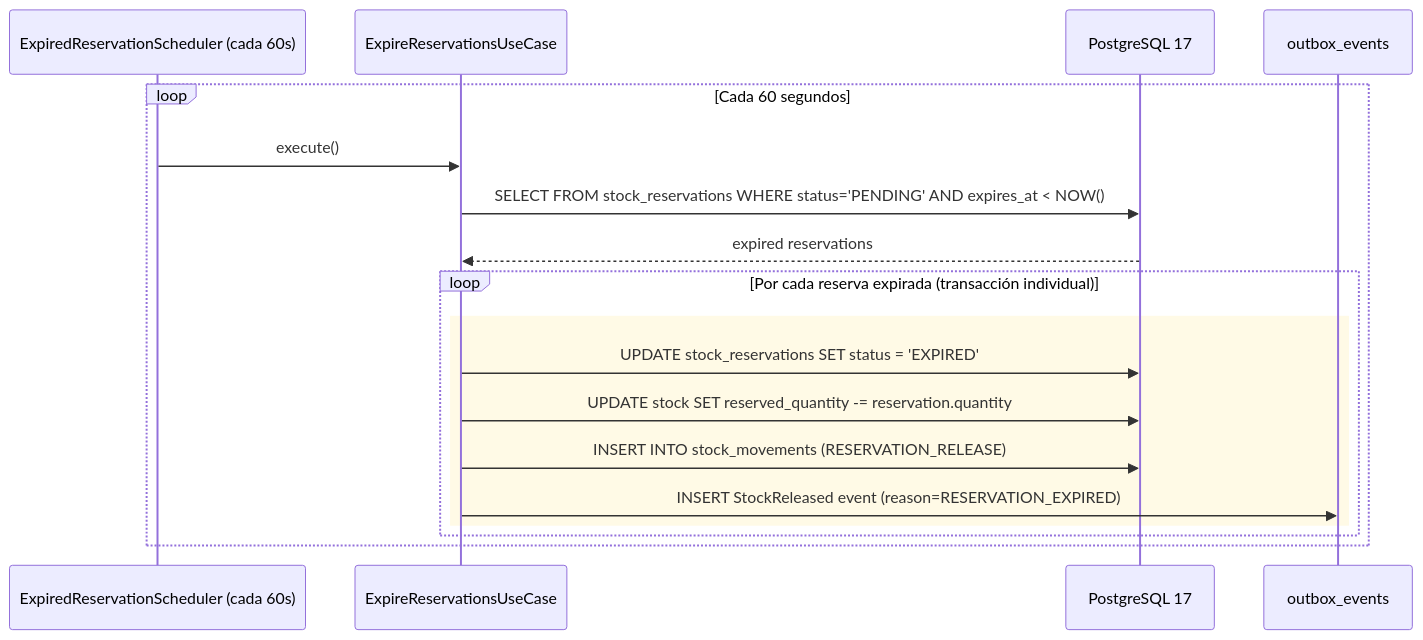
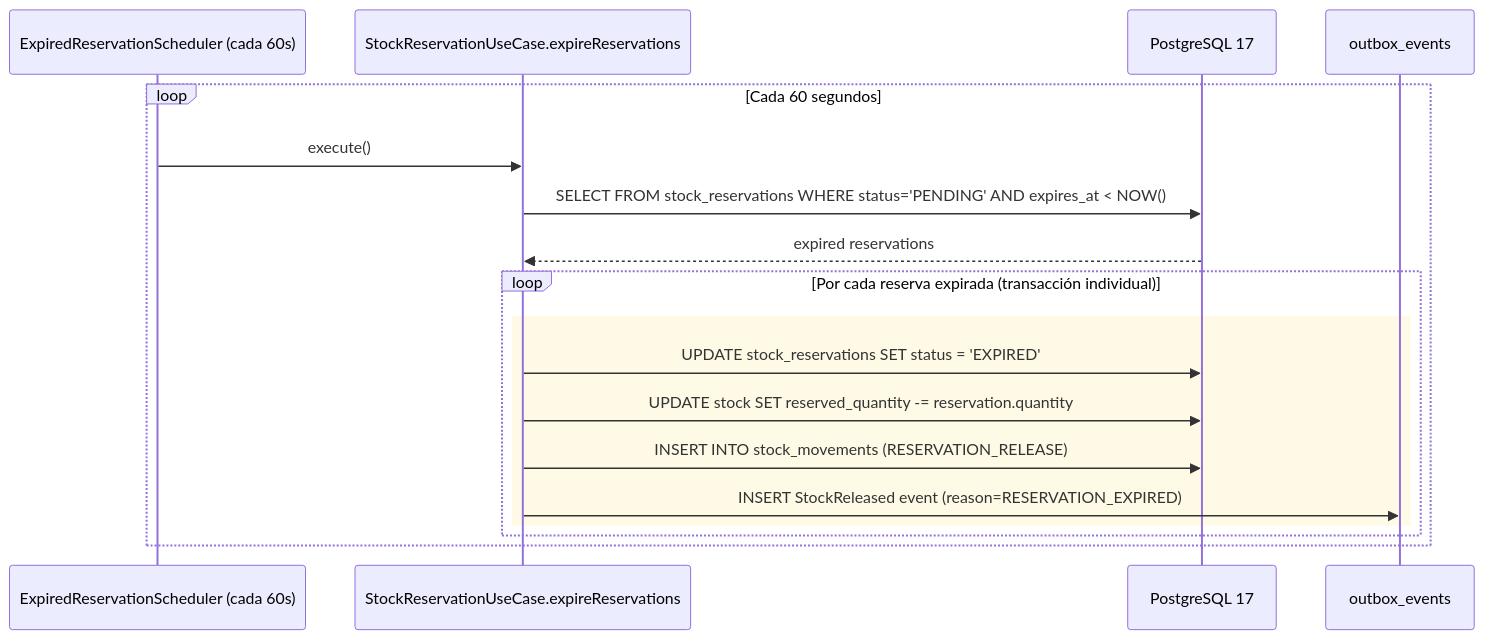
The sixth of 6 diagrams in .kiro/specs/ms-inventory/design.md (Saisho137/Arka), drawn with Mermaid before and after one commit. The commit also changed other lines of this file and 10 other files, not shown here.

First line of the commit message:
feat(ms-inventory): implement domain use cases with consolidated architecture

````diff
--- a/.kiro/specs/ms-inventory/design.md
+++ b/.kiro/specs/ms-inventory/design.md
@@ -217,22 +209,22 @@
 ```mermaid
 sequenceDiagram
     participant Scheduler as ExpiredReservationScheduler (cada 60s)
-    participant UseCase as ExpireReservationsUseCase
+    participant UseCase as StockReservationUseCase.expireReservations
     participant PG as PostgreSQL 17
     participant Outbox as outbox_events
 
     loop Cada 60 segundos
         Scheduler->>UseCase: execute()
         UseCase->>PG: SELECT FROM stock_reservations WHERE status='PENDING' AND expires_at < NOW()
         PG-->>UseCase: expired reservations
 
         loop Por cada reserva expirada (transacción individual)
             rect rgb(255, 250, 230)
                 UseCase->>PG: UPDATE stock_reservations SET status = 'EXPIRED'
                 UseCase->>PG: UPDATE stock SET reserved_quantity -= reservation.quantity
                 UseCase->>PG: INSERT INTO stock_movements (RESERVATION_RELEASE)
                 UseCase->>Outbox: INSERT StockReleased event (reason=RESERVATION_EXPIRED)
             end
         end
     end
 ```
````
